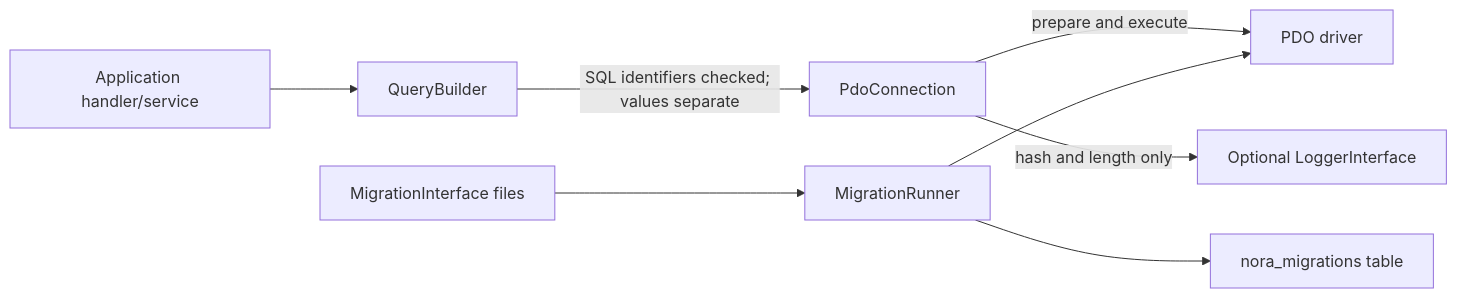
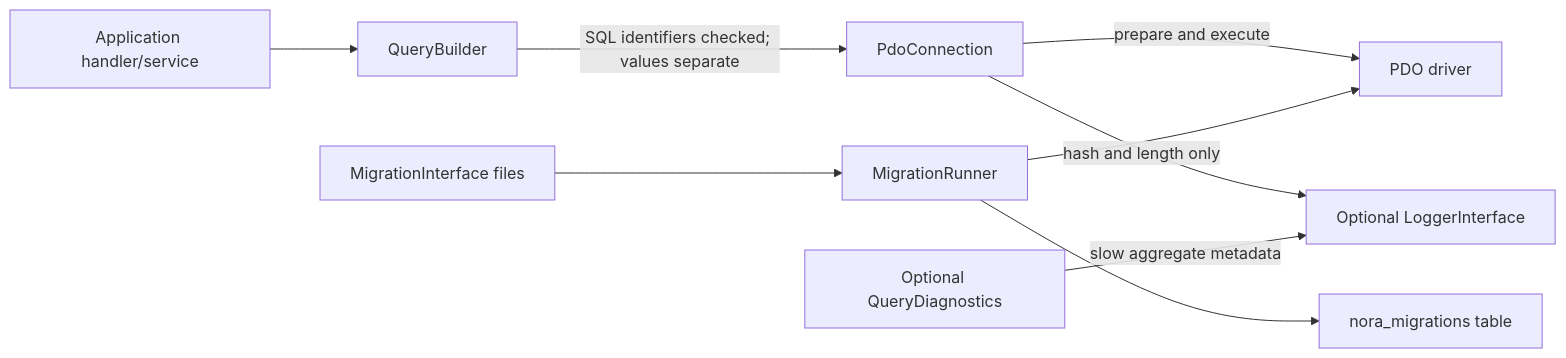
The first of 2 diagrams in architecture/DATABASE_ARCHITECTURE.md (Yasser-devb/nora), drawn with Mermaid before and after one commit. The commit also changed other lines of this file and 98 other files, not shown here.

````diff
--- a/architecture/DATABASE_ARCHITECTURE.md
+++ b/architecture/DATABASE_ARCHITECTURE.md
@@ -5,10 +5,11 @@
 ```mermaid
 flowchart LR
     Handler[Application handler/service] --> Builder[QueryBuilder]
     Builder -->|SQL identifiers checked; values separate| Connection[PdoConnection]
     Connection -->|prepare and execute| PDO[PDO driver]
     Connection -->|hash and length only| Logger[Optional LoggerInterface]
+    Diagnostics[Optional QueryDiagnostics] -->|slow aggregate metadata| Logger
     MigrationRunner --> PDO
     MigrationFiles[MigrationInterface files] --> MigrationRunner
     MigrationRunner --> History[nora_migrations table]
 ```
````
